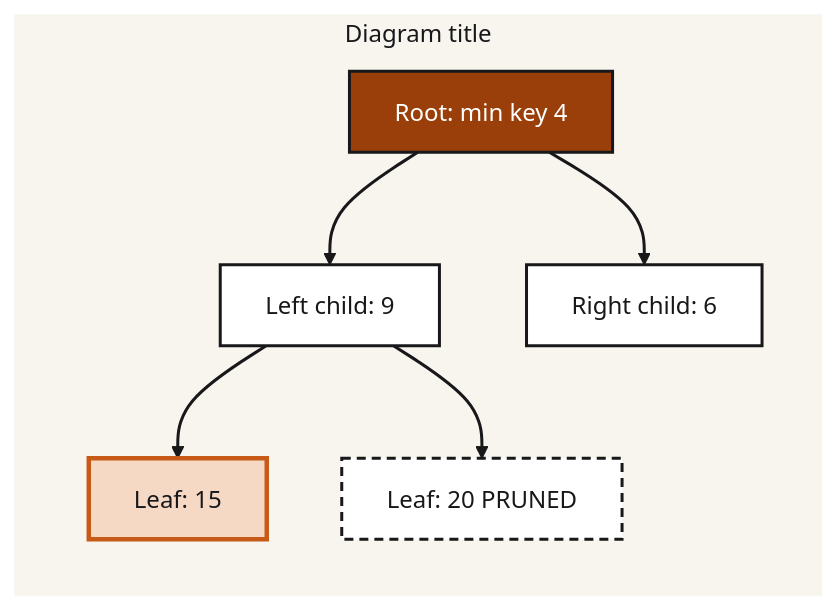
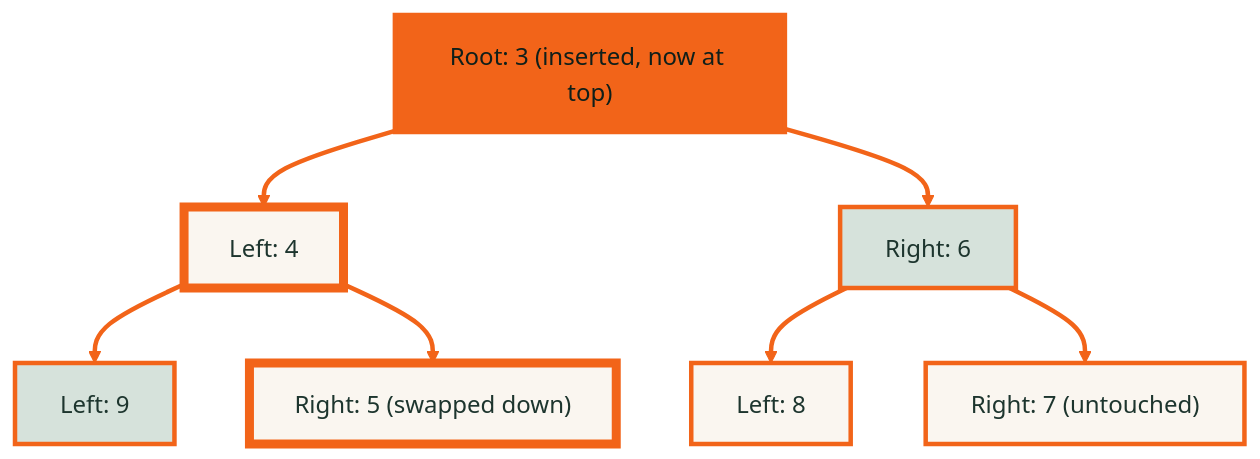
One commit to PanagopoulosNikolaos/DitOpenNotes changed the second of 2 diagrams in Year_3/Semester_5/ALGORITHMS_AND_COMPLEXITY/Resources/Meta/agent_instructions.md. Above: the diagram before and after it, drawn with Mermaid. The commit also changed other lines of this file, not shown here.

Commit message:
chore(agent): tighten mermaid rules and simplify course map diagram

````diff
--- a/Year_3/Semester_5/ALGORITHMS_AND_COMPLEXITY/Resources/Meta/agent_instructions.md
+++ b/Year_3/Semester_5/ALGORITHMS_AND_COMPLEXITY/Resources/Meta/agent_instructions.md
@@ -325,25 +340,20 @@
 ```mermaid
-%%{init: {"theme": "base", "themeVariables": {"background": "#F8F5EE", "primaryColor": "#FFFFFF", "primaryTextColor": "#18181B", "primaryBorderColor": "#18181B", "lineColor": "#18181B", "textColor": "#18181B", "nodeTextColor": "#18181B", "titleColor": "#18181B", "edgeLabelBackground": "#F8F5EE", "clusterBkg": "#F8F5EE", "clusterBorder": "#F8F5EE", "fontFamily": "sans-serif"}}}%%
+%%{init: {"theme": "base", "themeVariables": {"primaryColor": "#FAF6F0", "primaryTextColor": "#1D352E", "primaryBorderColor": "#F26419", "lineColor": "#F26419", "textColor": "#1D352E", "edgeLabelBackground": "#FAF6F0", "fontFamily": "sans-serif"}}}%%
 flowchart TD
-    subgraph canvas["Diagram title"]
-        direction TD
-        %% --- content start ---
-        root["Root: min key 4"] --> left["Left child: 9"]
-        root --> right["Right child: 6"]
-        left --> leaf1["Leaf: 15"]
-        left --> leaf2["Leaf: 20 PRUNED"]
-        %% --- content end ---
-    end
-    class root focus
-    class left,right base
-    class leaf1 mark
-    class leaf2 skip
-    style canvas fill:#F8F5EE,stroke:#F8F5EE,color:#18181B
-    classDef default fill:#FFFFFF,stroke:#18181B,stroke-width:2px,color:#18181B
-    classDef base fill:#FFFFFF,stroke:#18181B,stroke-width:2px,color:#18181B
-    classDef muted fill:#E9E4D8,stroke:#18181B,stroke-width:2px,color:#18181B
-    classDef focus fill:#9A3F0A,stroke:#18181B,stroke-width:2px,color:#FFFFFF
-    classDef mark fill:#F6D9C4,stroke:#C85A17,stroke-width:3px,color:#18181B
-    classDef skip fill:#FFFFFF,stroke:#18181B,stroke-width:2px,stroke-dasharray:6 4,color:#18181B
-    linkStyle default stroke:#18181B,stroke-width:2px
+    r["Root: 3 (inserted, now at top)"] --> a["Left: 4"]
+    r --> b["Right: 6"]
+    a --> c["Left: 9"]
+    a --> d["Right: 5 (swapped down)"]
+    b --> e["Left: 8"]
+    b --> f["Right: 7 (untouched)"]
+    class r focus
+    class a,d mark
+    class b,c soft
+    class e,f base
+    classDef default fill:#FAF6F0,stroke:#F26419,stroke-width:3px,color:#1D352E
+    classDef base fill:#FAF6F0,stroke:#F26419,stroke-width:3px,color:#1D352E
+    classDef soft fill:#D6E2DB,stroke:#F26419,stroke-width:3px,color:#1D352E
+    classDef mark fill:#FAF6F0,stroke:#F26419,stroke-width:6px,color:#1D352E
+    classDef focus fill:#F26419,stroke:#F26419,stroke-width:3px,color:#0F1F1A
+    linkStyle default stroke:#F26419,stroke-width:3px
 ```
````
